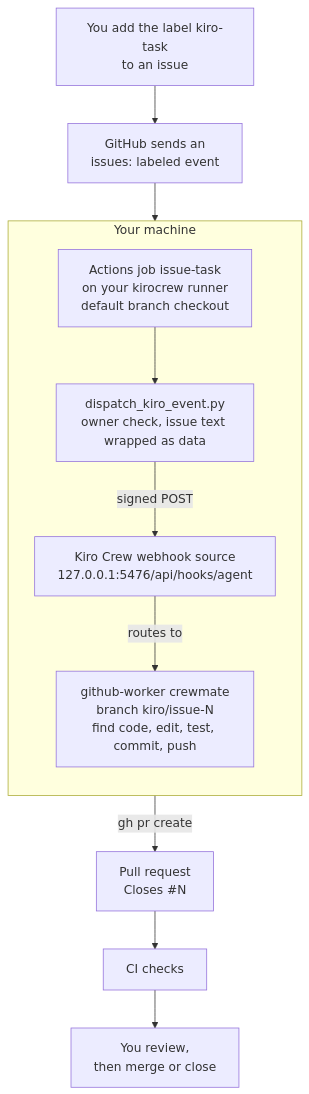
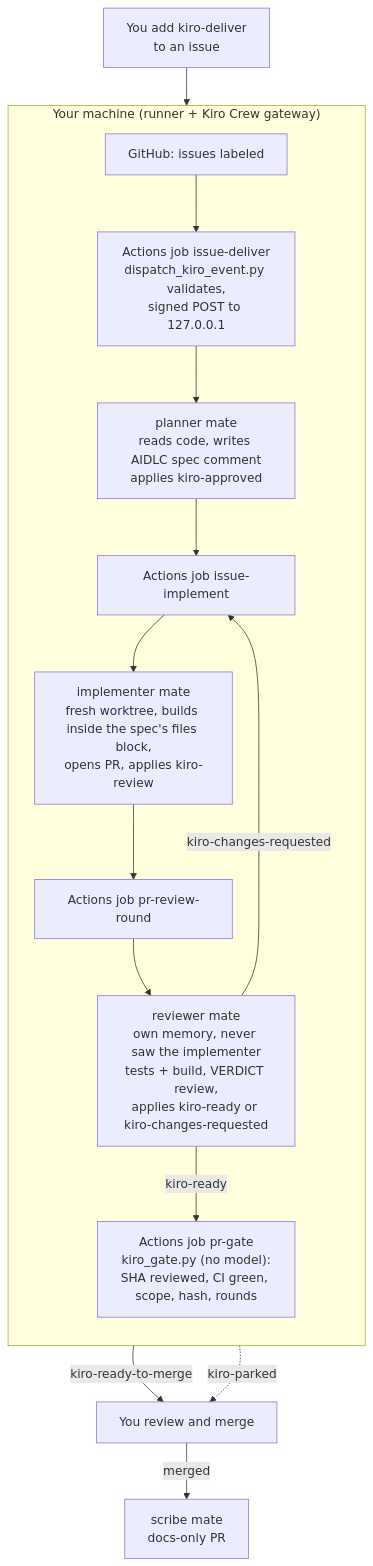
One commit to aidin-repo/kiro-crew-software-factory changed the diagram in docs/00-how-it-works.md. Above: the diagram before and after it, drawn with Mermaid. The commit also changed other lines of this file and 6 other files, not shown here.

````diff
--- a/docs/00-how-it-works.md
+++ b/docs/00-how-it-works.md
@@ -30,18 +35,18 @@
 ```mermaid
 flowchart TB
-  label["You add the label kiro-task<br/>to an issue"] --> event["GitHub sends an<br/>issues: labeled event"]
-  event --> job
-
-  subgraph machine["Your machine"]
+  I["You add kiro-deliver<br/>to an issue"] --> E1["GitHub: issues labeled"]
+  subgraph machine["Your machine (runner + Kiro Crew gateway)"]
     direction TB
-    job["Actions job issue-task<br/>on your kirocrew runner<br/>default branch checkout"]
-    dispatch["dispatch_kiro_event.py<br/>owner check, issue text wrapped as data"]
-    hook["Kiro Crew webhook source<br/>127.0.0.1:5476/api/hooks/agent"]
-    crewmate["github-worker crewmate<br/>branch kiro/issue-N<br/>find code, edit, test, commit, push"]
-    job --> dispatch -->|"signed POST"| hook -->|"routes to"| crewmate
+    E1 --> J1["Actions job issue-deliver<br/>dispatch_kiro_event.py validates,<br/>signed POST to 127.0.0.1"]
+    J1 --> P["planner mate<br/>reads code, writes AIDLC spec comment<br/>applies kiro-approved"]
+    P --> J2["Actions job issue-implement"]
+    J2 --> IMP["implementer mate<br/>fresh worktree, builds inside the spec's files block,<br/>opens PR, applies kiro-review"]
+    IMP --> J3["Actions job pr-review-round"]
+    J3 --> R["reviewer mate<br/>own memory, never saw the implementer<br/>tests + build, VERDICT review,<br/>applies kiro-ready or kiro-changes-requested"]
+    R -->|kiro-changes-requested| J2
+    R -->|kiro-ready| G["Actions job pr-gate<br/>kiro_gate.py (no model):<br/>SHA reviewed, CI green, scope, hash, rounds"]
   end
-
-  crewmate -->|"gh pr create"| pr["Pull request<br/>Closes #35;N"]
-  pr --> ci["CI checks"]
-  ci --> decide["You review,<br/>then merge or close"]
+  G -->|kiro-ready-to-merge| M["You review and merge"]
+  G -.->|kiro-parked| M
+  M -->|merged| S["scribe mate<br/>docs-only PR"]
 ```
````
